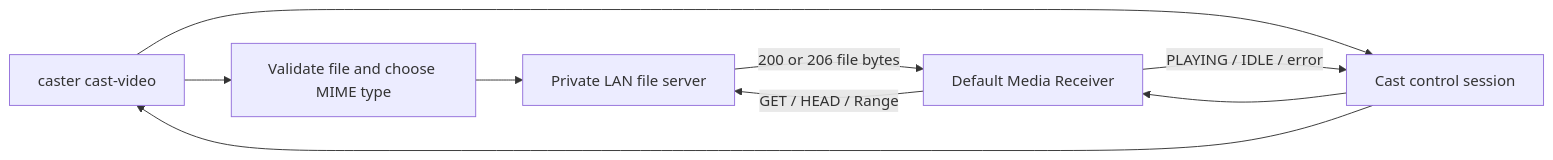
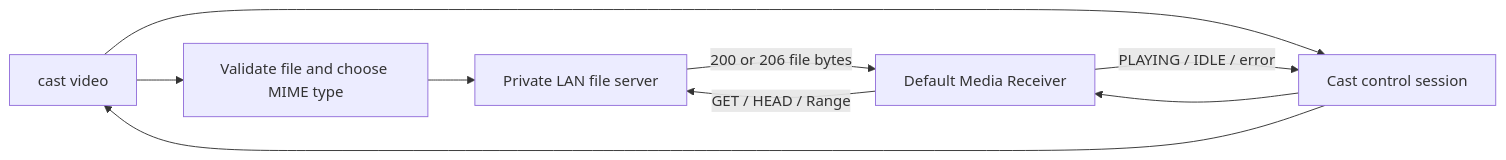
One commit to michaelishri/cast-rs changed the diagram in docs/VIDEO_CASTING_PLAN.md. Above: the diagram before and after it, drawn with Mermaid. The commit also changed other lines of this file and 10 other files, not shown here.

Commit message:
Rename Caster to cast

````diff
--- a/docs/VIDEO_CASTING_PLAN.md
+++ b/docs/VIDEO_CASTING_PLAN.md
@@ -116,11 +116,11 @@
 ```mermaid
 flowchart LR
-    CLI["caster cast-video"] --> PREP["Validate file and choose MIME type"]
+    CLI["cast video"] --> PREP["Validate file and choose MIME type"]
     PREP --> SERVER["Private LAN file server"]
     CLI --> CAST["Cast control session"]
     CAST --> RECEIVER["Default Media Receiver"]
     RECEIVER -->|"GET / HEAD / Range"| SERVER
     SERVER -->|"200 or 206 file bytes"| RECEIVER
     RECEIVER -->|"PLAYING / IDLE / error"| CAST
     CAST --> CLI
 ```
````
